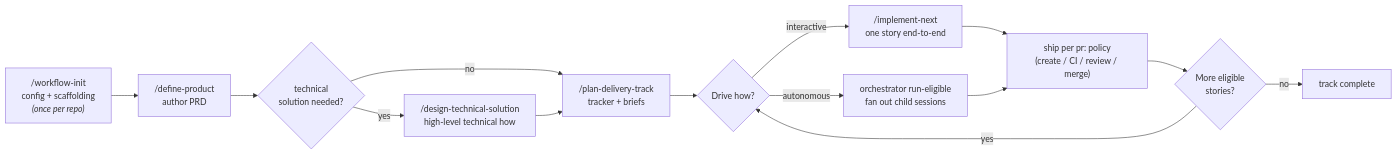
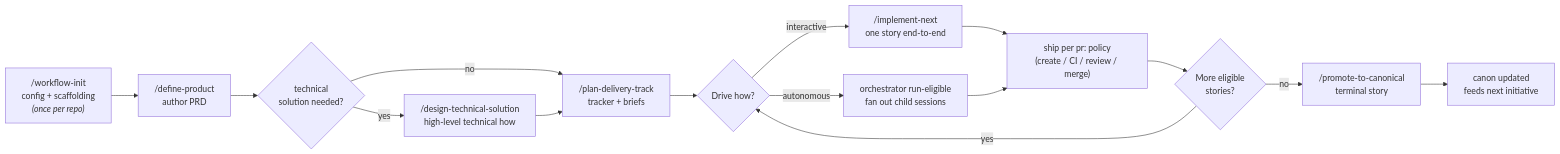
Before and after one commit to aryeko/agentic-workflow-kit: the second of 2 diagrams in README.md, drawn with Mermaid. The commit also changed other lines of this file and 2 other files, not shown here.

First line of the commit message:
docs: add promote-to-canonical to skill lists in README and docs

````diff
--- a/README.md
+++ b/README.md
@@ -75,16 +76,17 @@
 ```mermaid
 flowchart LR
   A["/workflow-init<br/>config + scaffolding<br/><i>(once per repo)</i>"] --> B["/define-product<br/>author PRD"]
   B --> C{"technical<br/>solution needed?"}
   C -->|yes| D["/design-technical-solution<br/>high-level technical how"]
   C -->|no| E["/plan-delivery-track<br/>tracker + briefs"]
   D --> E
   E --> F{Drive how?}
   F -->|interactive| G["/implement-next<br/>one story end-to-end"]
   F -->|autonomous| H["orchestrator run-eligible<br/>fan out child sessions"]
   G --> I["ship per pr: policy<br/>(create / CI / review / merge)"]
   H --> I
   I --> J{More eligible<br/>stories?}
   J -->|yes| F
-  J -->|no| K["track complete"]
+  J -->|no| K["/promote-to-canonical<br/>terminal story"]
+  K --> L["canon updated<br/>feeds next initiative"]
 ```
````
